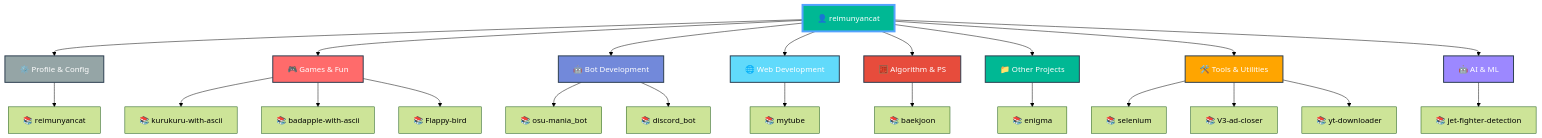
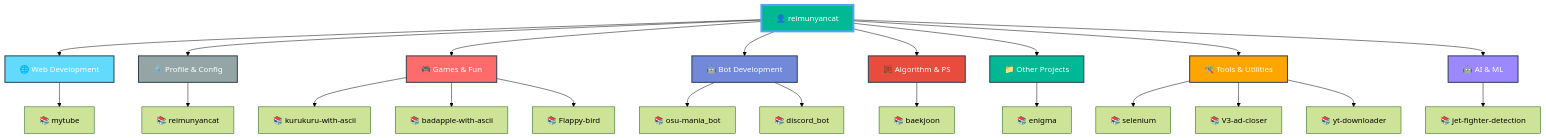
One commit to reimunyancat/reimunyancat changed the diagram in README.md. Above: the diagram before and after it, drawn with Mermaid (forest theme). The commit also changed other lines of this file, not shown here.

Commit message:
🤖 Auto-update README with latest repositories

````diff
--- a/README.md
+++ b/README.md
@@ -159,43 +159,43 @@
 ```mermaid
 graph TD
   A[👤 reimunyancat]
 
-  A --> CAT0[⚙️ Profile & Config]
-  CAT0 --> CAT0_0[📚 reimunyancat]
+  A --> CAT0[🌐 Web Development]
+  CAT0 --> CAT0_0[📚 mytube]
 
-  A --> CAT1[🎮 Games & Fun]
-  CAT1 --> CAT1_0[📚 kurukuru-with-ascii]
-  CAT1 --> CAT1_1[📚 badapple-with-ascii]
-  CAT1 --> CAT1_2[📚 Flappy-bird]
+  A --> CAT1[⚙️ Profile & Config]
+  CAT1 --> CAT1_0[📚 reimunyancat]
 
-  A --> CAT2[🤖 Bot Development]
-  CAT2 --> CAT2_0[📚 osu-mania_bot]
-  CAT2 --> CAT2_1[📚 discord_bot]
+  A --> CAT2[🎮 Games & Fun]
+  CAT2 --> CAT2_0[📚 kurukuru-with-ascii]
+  CAT2 --> CAT2_1[📚 badapple-with-ascii]
+  CAT2 --> CAT2_2[📚 Flappy-bird]
 
-  A --> CAT3[🌐 Web Development]
-  CAT3 --> CAT3_0[📚 mytube]
+  A --> CAT3[🤖 Bot Development]
+  CAT3 --> CAT3_0[📚 osu-mania_bot]
+  CAT3 --> CAT3_1[📚 discord_bot]
 
   A --> CAT4[🧮 Algorithm & PS]
   CAT4 --> CAT4_0[📚 baekjoon]
 
   A --> CAT5[📁 Other Projects]
   CAT5 --> CAT5_0[📚 enigma]
 
   A --> CAT6[🛠️ Tools & Utilities]
   CAT6 --> CAT6_0[📚 selenium]
   CAT6 --> CAT6_1[📚 V3-ad-closer]
   CAT6 --> CAT6_2[📚 yt-downloader]
 
   A --> CAT7[🤖 AI & ML]
   CAT7 --> CAT7_0[📚 jet-fighter-detection]
 
   style A fill:#00b894,stroke:#55a3ff,stroke-width:4px,color:#fff
-  style CAT0 fill:#95a5a6,stroke:#2c3e50,stroke-width:2px,color:#fff
-  style CAT1 fill:#ff6b6b,stroke:#2c3e50,stroke-width:2px,color:#fff
-  style CAT2 fill:#7289da,stroke:#2c3e50,stroke-width:2px,color:#fff
-  style CAT3 fill:#61dafb,stroke:#2c3e50,stroke-width:2px,color:#fff
+  style CAT0 fill:#61dafb,stroke:#2c3e50,stroke-width:2px,color:#fff
+  style CAT1 fill:#95a5a6,stroke:#2c3e50,stroke-width:2px,color:#fff
+  style CAT2 fill:#ff6b6b,stroke:#2c3e50,stroke-width:2px,color:#fff
+  style CAT3 fill:#7289da,stroke:#2c3e50,stroke-width:2px,color:#fff
   style CAT4 fill:#e74c3c,stroke:#2c3e50,stroke-width:2px,color:#fff
   style CAT5 fill:#00b894,stroke:#2c3e50,stroke-width:2px,color:#fff
   style CAT6 fill:#ffa500,stroke:#2c3e50,stroke-width:2px,color:#fff
   style CAT7 fill:#9c88ff,stroke:#2c3e50,stroke-width:2px,color:#fff
 ```
````
